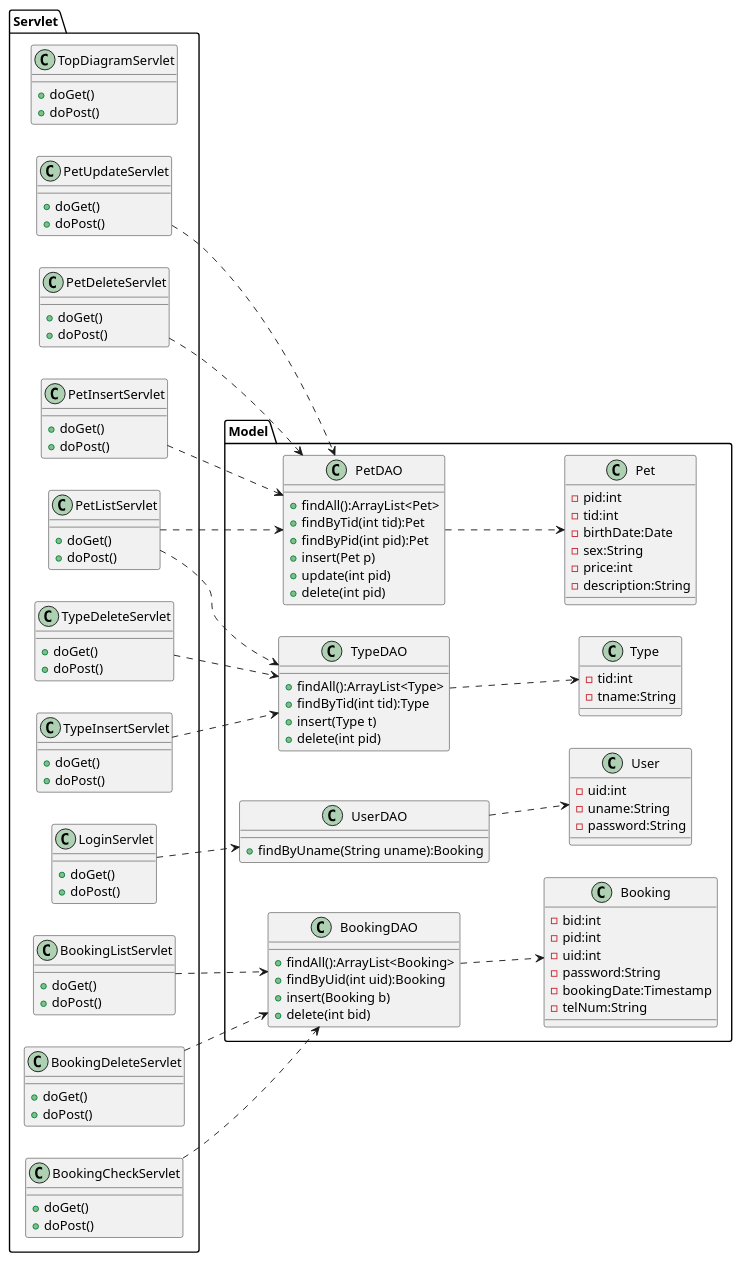
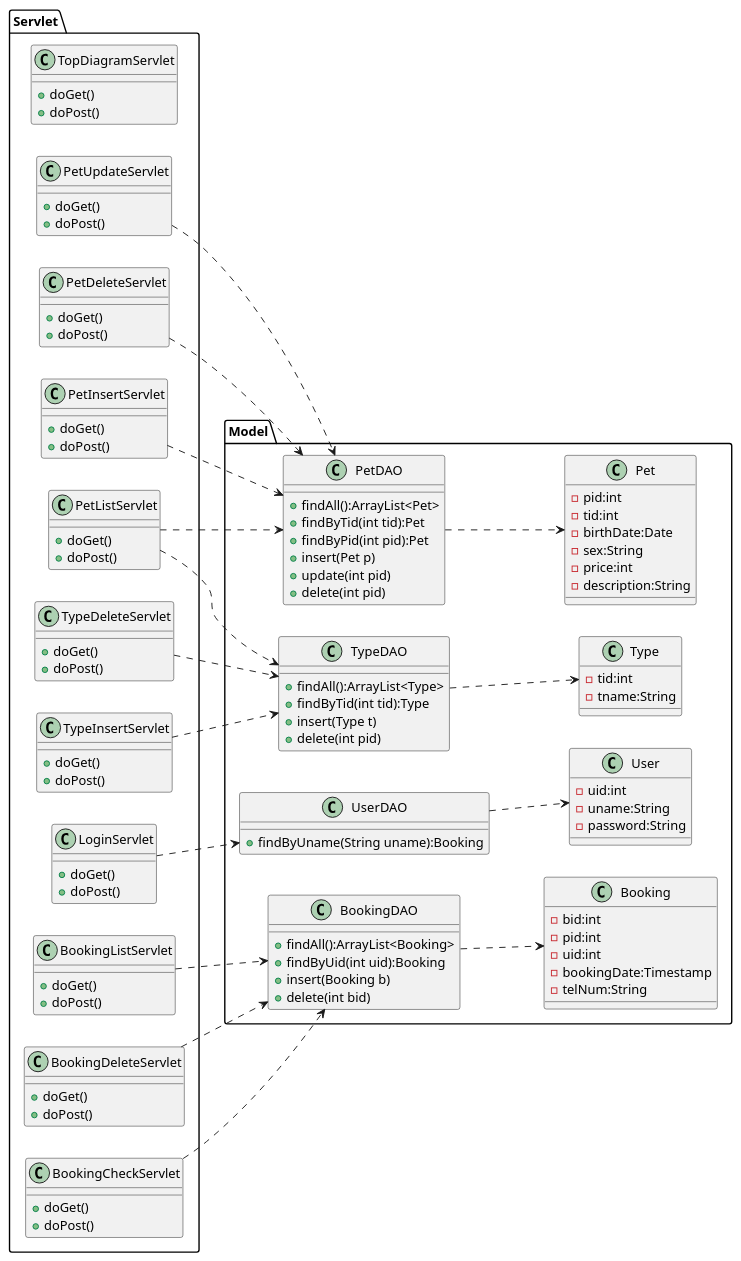
Before and after one commit to Tyamanaka07/WebSystem: the diagram in detail.uml/class.pu, drawn with PlantUML. The commit also changed 1 other file, not shown here.

```diff
--- a/detail.uml/class.pu
+++ b/detail.uml/class.pu
@@ -1,136 +1,135 @@
 @startuml
 left to right direction
 
 package Model{
 	class Pet{
 		-pid:int
 		-tid:int
 		-birthDate:Date
 		-sex:String
 		-price:int
 		-description:String
 	}
 
 	class Type{
 		-tid:int
 		-tname:String
 	}
 
 	class User{
 		-uid:int
 		-uname:String
 		-password:String
 	}
 
 	class Booking{
 		-bid:int
 		-pid:int
 		-uid:int
-		-password:String
 		-bookingDate:Timestamp
 		-telNum:String
 	}
 
 	class PetDAO{
 		+findAll():ArrayList<Pet>
 		+findByTid(int tid):Pet
 		+findByPid(int pid):Pet
 		+insert(Pet p)
 		+update(int pid)
 		+delete(int pid)
 	}
 
 	class TypeDAO{
 		+findAll():ArrayList<Type>
 		+findByTid(int tid):Type
 		+insert(Type t)
 		+delete(int pid)
 	}
 
 	class UserDAO{
 		+findByUname(String uname):Booking
 	}
 
 	class BookingDAO{
 		+findAll():ArrayList<Booking>
 		+findByUid(int uid):Booking
 		+insert(Booking b)
 		+delete(int bid)
 	}
 }
 
 package Servlet{
 	class TopDiagramServlet{
 		+doGet()
 		+doPost()
 	}
 
 	class PetListServlet{
 		+doGet()
 		+doPost()
 	}
 
 	class LoginServlet{
 		+doGet()
 		+doPost()
 	}
 
 	class PetInsertServlet{
 		+doGet()
 		+doPost()
 	}
 
 	class PetUpdateServlet{
 		+doGet()
 		+doPost()
 	}
 
 	class PetDeleteServlet{
 		+doGet()
 		+doPost()
 	}
 
 	class TypeInsertServlet{
 		+doGet()
 		+doPost()
 	}
 
 	class TypeDeleteServlet{
 		+doGet()
 		+doPost()
 	}
 
 	class BookingCheckServlet{
 		+doGet()
 		+doPost()
 	}
 
 	class BookingListServlet{
 		+doGet()
 		+doPost()
 	}
 
 	class BookingDeleteServlet{
 		+doGet()
 		+doPost()
 	}
 }
 
 
 PetListServlet..>TypeDAO
 TypeInsertServlet..>TypeDAO
 TypeDeleteServlet..>TypeDAO
 PetListServlet..>PetDAO
 PetInsertServlet..>PetDAO
 PetUpdateServlet..>PetDAO
 PetDeleteServlet..>PetDAO
 LoginServlet..>UserDAO
 BookingCheckServlet..>BookingDAO
 BookingListServlet..>BookingDAO
 BookingDeleteServlet..>BookingDAO
 
 BookingDAO..>Booking
 PetDAO..>Pet
 TypeDAO..>Type
 UserDAO..>User
 @enduml
```
